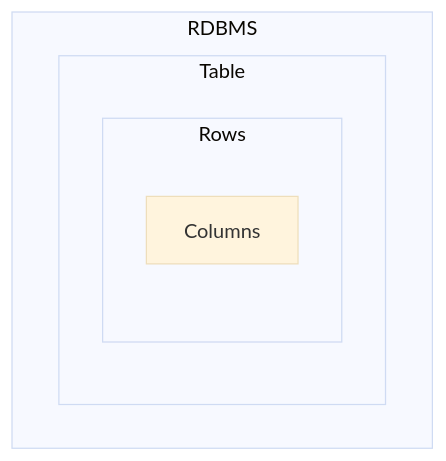
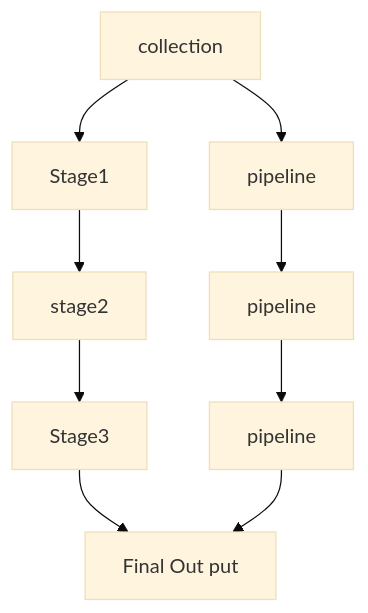
Before and after one commit to mostafizurRahaman/be-a-mongoose-master: the diagram in Readme.md, drawn with Mermaid (base theme). The commit also changed other lines of this file, not shown here.

Commit message:
learn aggregation with  $match , $project, $out , $merge, $addFields

````diff
--- a/Readme.md
+++ b/Readme.md
@@ -30,13 +27,11 @@
 ```mermaid
 
-graph TD;
- subgraph A[RDBMS]
-    subgraph B[Table]
-       subgraph  C[Rows]
-            D[Columns]
-         end
-      end
-  end
+   graph TD
+
+   A[collection]--> B[Stage1] --> C[stage2] --> D[Stage3] --> E[Final Out put]
+
+   A -->H[pipeline]-->J[pipeline]-->K[pipeline]--> E
+
 
 
 ```
````
